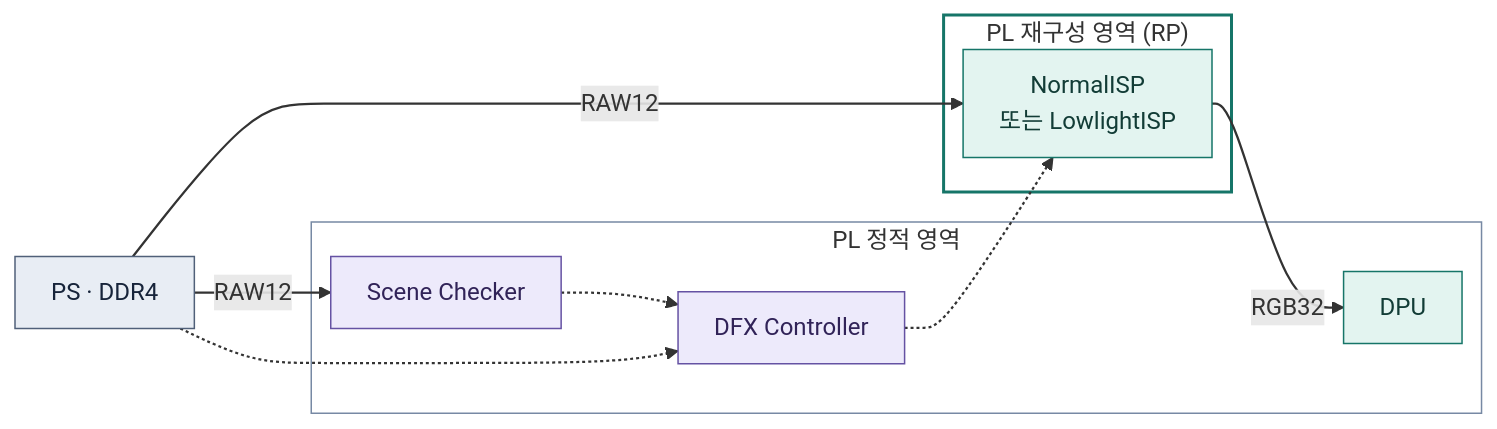
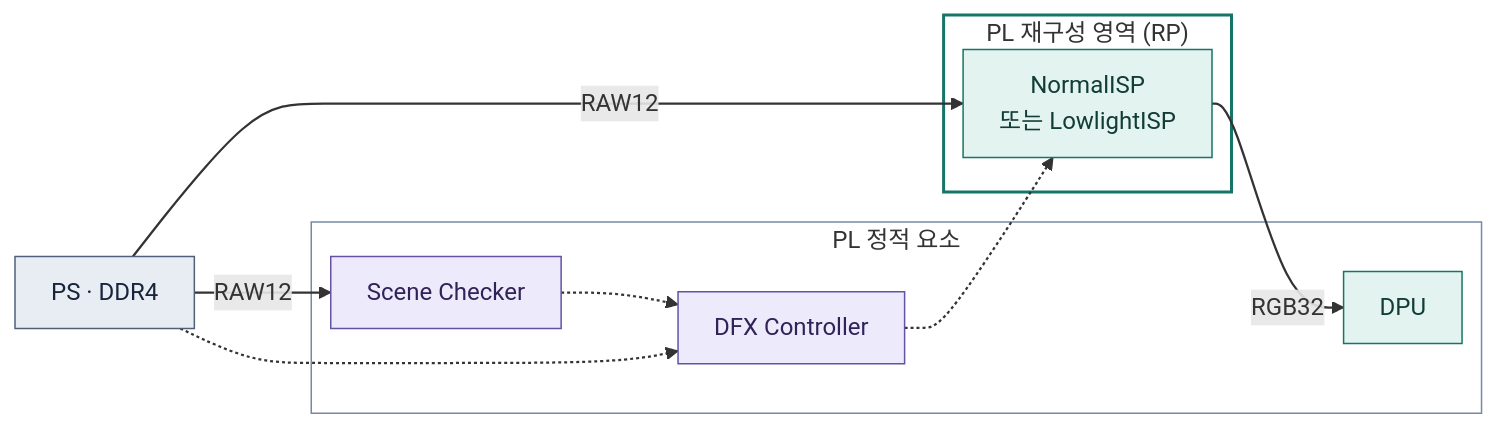
Before and after one commit to haengmini/dfxisp_v2: the first of 6 diagrams in Description.md, drawn with Mermaid. The commit also changed other lines of this file and 21 other files, not shown here.

````diff
--- a/Description.md
+++ b/Description.md
@@ -66,35 +73,35 @@
 ```mermaid
 ---
 config:
   flowchart:
     nodeSpacing: 26
     rankSpacing: 26
     padding: 12
 ---
 flowchart LR
     PS["PS · DDR4"]:::platform
 
-    subgraph STATIC["PL 정적 영역"]
+    subgraph STATIC["PL 정적 요소"]
         CHK["Scene Checker"]:::control
         DFXC["DFX Controller"]:::control
         DPU["DPU"]:::data
     end
 
     subgraph RP["PL 재구성 영역 (RP)"]
         ISP["NormalISP<br/>또는 LowlightISP"]:::data
     end
 
     PS -->|RAW12| CHK
     PS -->|RAW12| ISP
     CHK -.-> DFXC
     PS -.-> DFXC
     DFXC -.-> ISP
     ISP -->|RGB32| DPU
 
     classDef platform fill:#e8edf4,stroke:#506079,color:#17243a
     classDef data fill:#e3f4f0,stroke:#167568,color:#123c36
     classDef control fill:#edeafb,stroke:#6552a3,color:#312358
     style STATIC fill:transparent,stroke:#7789a4
     style RP fill:transparent,stroke:#167568,stroke-width:2px
     linkStyle default stroke-width:1.5px
 ```
````
